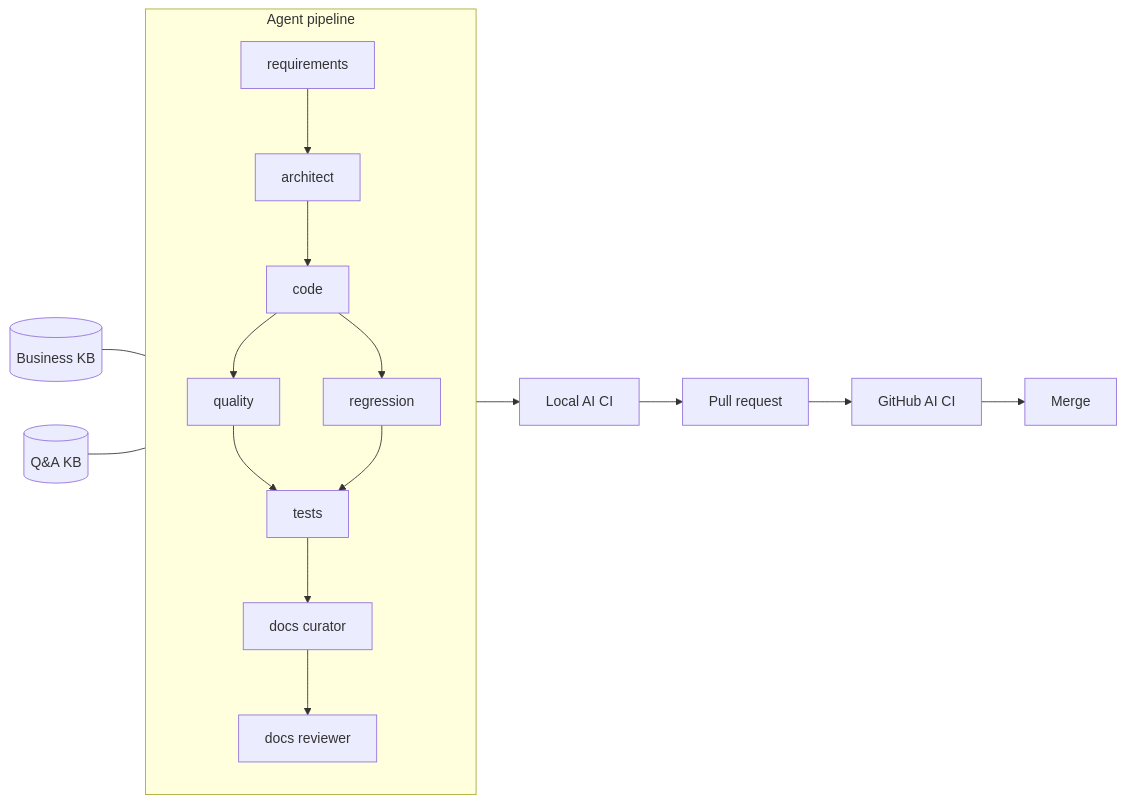
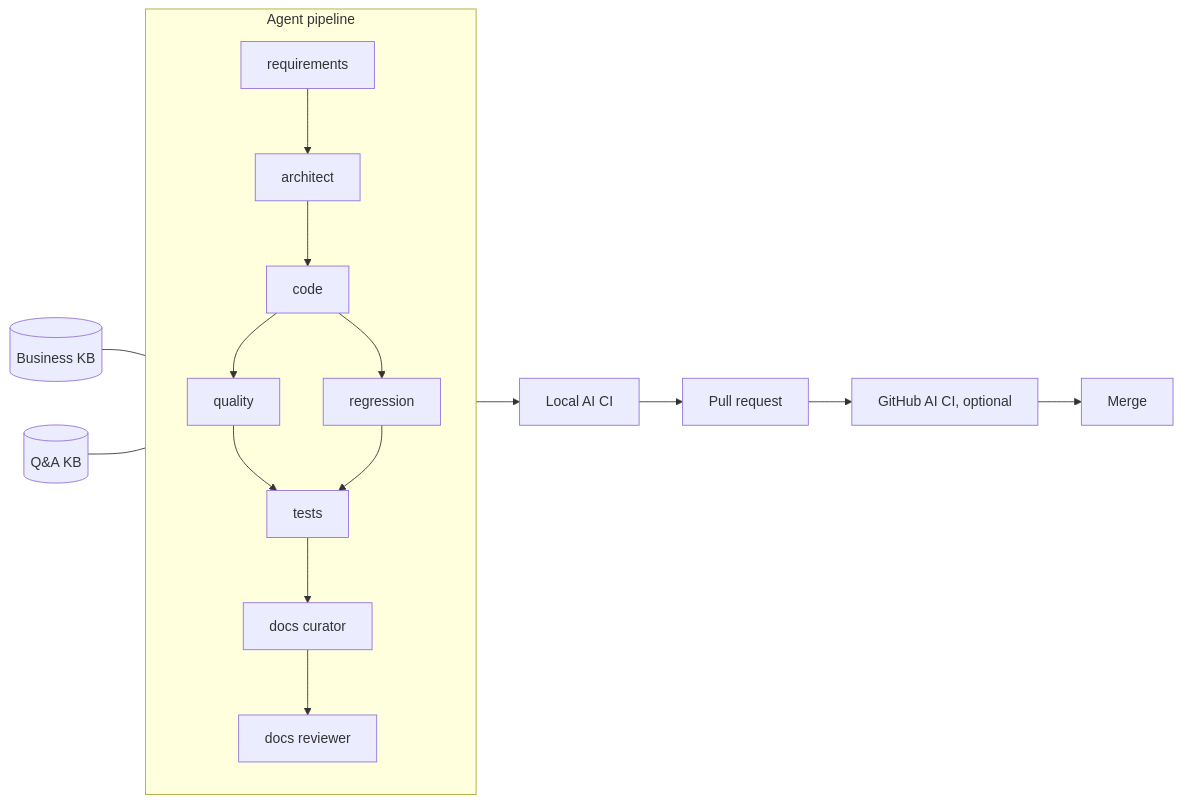
Before and after one commit to sergiosaraiva/quorum-agentic-framework: the first of 5 diagrams in docs/presentation/quorum-framework.md, drawn with Mermaid. The commit also changed other lines of this file and 25 other files, not shown here.

````diff
--- a/docs/presentation/quorum-framework.md
+++ b/docs/presentation/quorum-framework.md
@@ -50,11 +50,11 @@
 ```mermaid
 flowchart LR
     BKB[(Business KB)] --- A
     QKB[(Q&A KB)] --- A
     subgraph A[Agent pipeline]
       R[requirements] --> S[architect] --> C[code]
       C --> Q[quality] & G[regression]
       Q & G --> T[tests] --> D[docs curator] --> V[docs reviewer]
     end
-    A --> L[Local AI CI] --> P[Pull request] --> GH[GitHub AI CI] --> M[Merge]
+    A --> L[Local AI CI] --> P[Pull request] --> GH[GitHub AI CI, optional] --> M[Merge]
 ```
````
